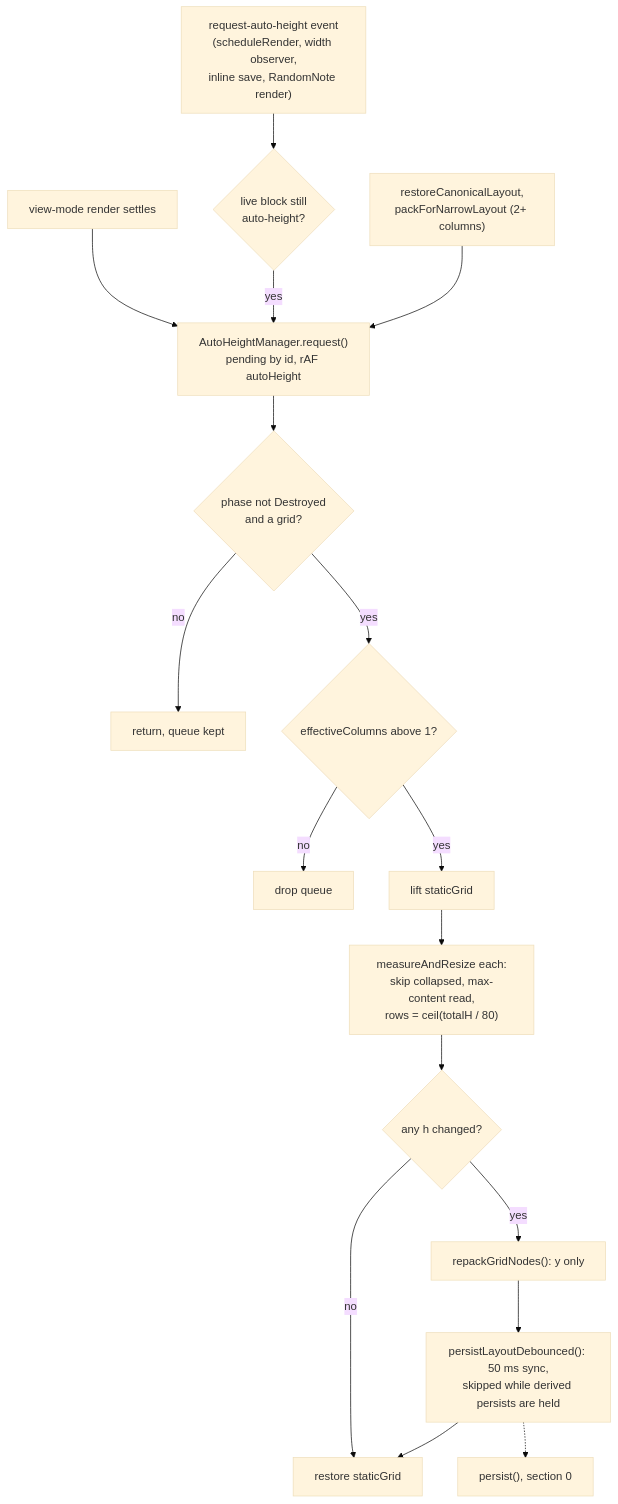
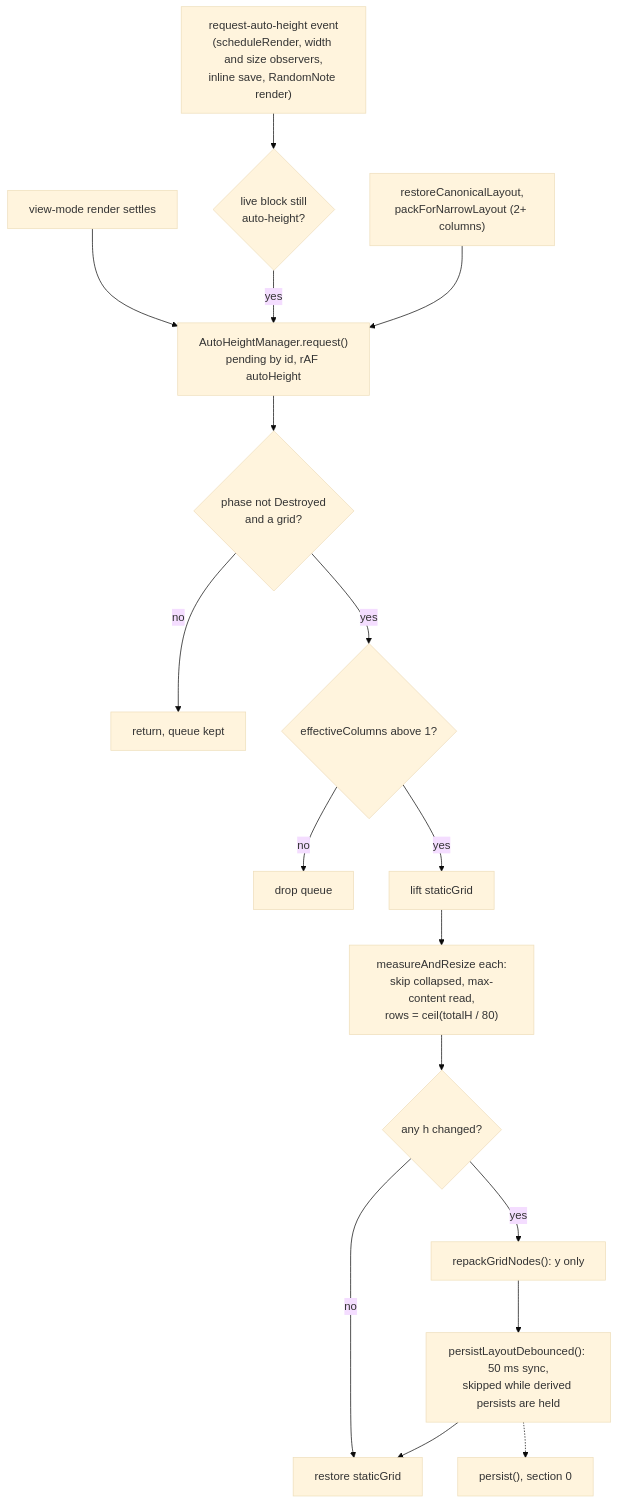
The tenth of 15 diagrams in docs/flows.md (acaprino/obsidian-plugin-homepage), drawn with Mermaid (base theme) before and after one commit. The commit also changed other lines of this file and 11 other files, not shown here.

````diff
--- a/docs/flows.md
+++ b/docs/flows.md
@@ -616,19 +634,19 @@
 ```mermaid
 flowchart TD
   R1["view-mode render settles"] --> Q["AutoHeightManager.request()<br/>pending by id, rAF autoHeight"]
-  R2["request-auto-height event<br/>(scheduleRender, width observer,<br/>inline save, RandomNote render)"] --> L{"live block still<br/>auto-height?"}
+  R2["request-auto-height event<br/>(scheduleRender, width and size observers,<br/>inline save, RandomNote render)"] --> L{"live block still<br/>auto-height?"}
   L -- "yes" --> Q
   R3["restoreCanonicalLayout,<br/>packForNarrowLayout (2+ columns)"] --> Q
   Q --> B0{"phase not Destroyed<br/>and a grid?"}
   B0 -- "no" --> Z0["return, queue kept"]
   B0 -- "yes" --> B{"effectiveColumns above 1?"}
   B -- "no" --> Z["drop queue"]
   B -- "yes" --> S["lift staticGrid"]
   S --> M["measureAndResize each:<br/>skip collapsed, max-content read,<br/>rows = ceil(totalH / 80)"]
   M --> C{"any h changed?"}
   C -- "no" --> F["restore staticGrid"]
   C -- "yes" --> RP["repackGridNodes(): y only"]
   RP --> PD["persistLayoutDebounced(): 50 ms sync,<br/>skipped while derived persists are held"]
   PD --> F
   PD -.-> PS["persist(), section 0"]
 ```
````
